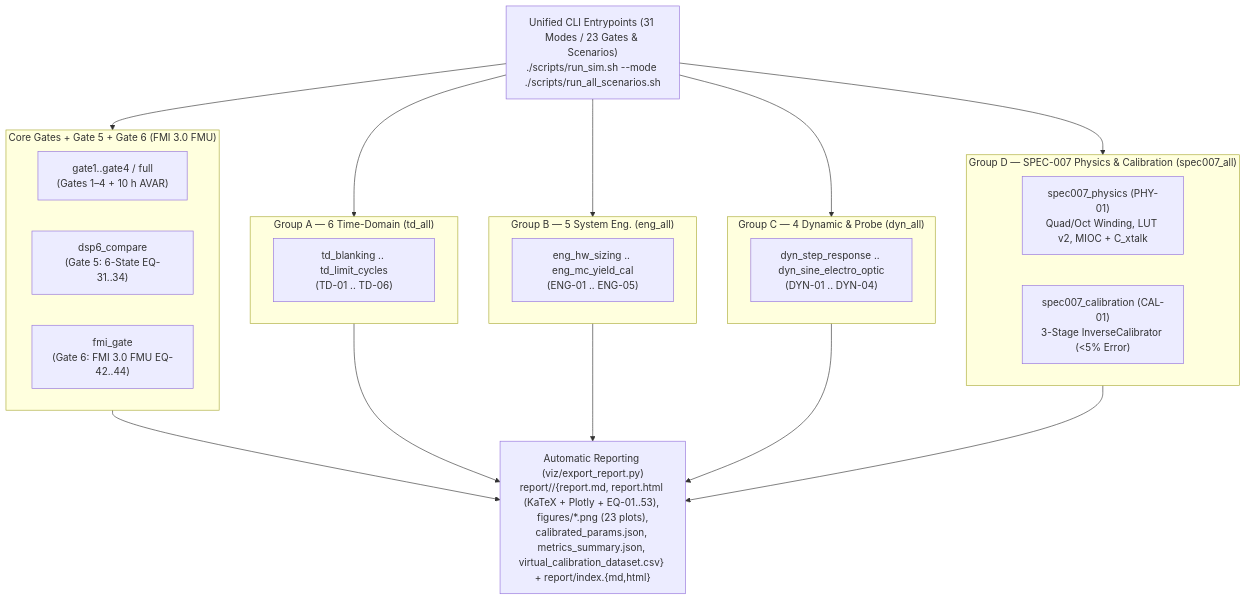
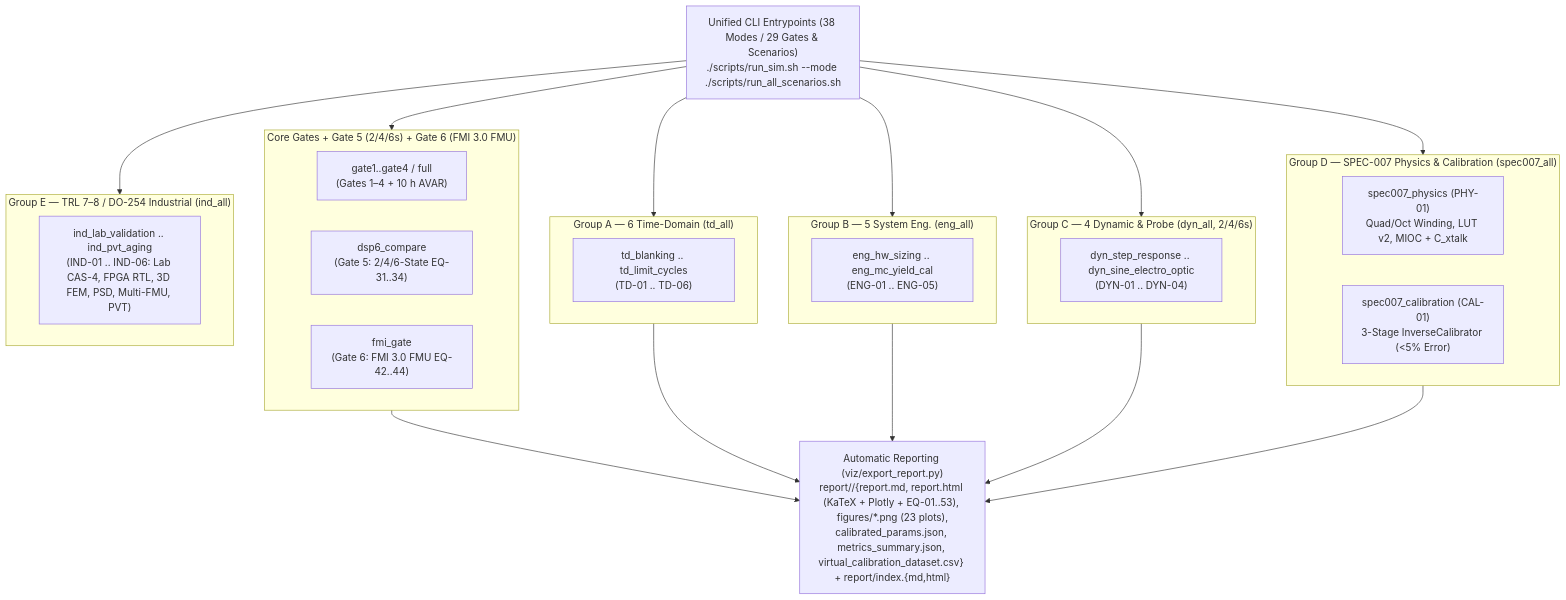
One commit to Duy-Huan/ifog-vproto changed the diagram in docs/IFOG_SIMULATION_SCENARIOS.md. Above: the diagram before and after it, drawn with Mermaid. The commit also changed other lines of this file and 88 other files, not shown here.

Commit message:
feat(v4.1.0): TRL 7-8 / DO-254 industrial qualification suite (IND-01..06), full 2/4/6-State FPGA DSP & multi-instance FMI 3.0.2 FMU

````diff
--- a/docs/IFOG_SIMULATION_SCENARIOS.md
+++ b/docs/IFOG_SIMULATION_SCENARIOS.md
@@ -43,39 +45,44 @@
 ```mermaid
 flowchart TB
-    CLI["Unified CLI Entrypoints (31 Modes / 23 Gates & Scenarios)\n./scripts/run_sim.sh --mode <mode>\n./scripts/run_all_scenarios.sh"]
+    CLI["Unified CLI Entrypoints (38 Modes / 29 Gates & Scenarios)\n./scripts/run_sim.sh --mode <mode>\n./scripts/run_all_scenarios.sh"]
 
-    subgraph CORE["Core Gates + Gate 5 + Gate 6 (FMI 3.0 FMU)"]
+    subgraph CORE["Core Gates + Gate 5 (2/4/6s) + Gate 6 (FMI 3.0 FMU)"]
         G1["gate1..gate4 / full\n(Gates 1–4 + 10 h AVAR)"]
-        DSP6["dsp6_compare\n(Gate 5: 6-State EQ-31..34)"]
+        DSP6["dsp6_compare\n(Gate 5: 2/4/6-State EQ-31..34)"]
         FMI6["fmi_gate\n(Gate 6: FMI 3.0 FMU EQ-42..44)"]
     end
 
     subgraph TDG["Group A — 6 Time-Domain (td_all)"]
         TD1["td_blanking .. td_limit_cycles\n(TD-01 .. TD-06)"]
     end
 
     subgraph ENGG["Group B — 5 System Eng. (eng_all)"]
         E1["eng_hw_sizing .. eng_mc_yield_cal\n(ENG-01 .. ENG-05)"]
     end
 
-    subgraph DYNG["Group C — 4 Dynamic & Probe (dyn_all)"]
+    subgraph DYNG["Group C — 4 Dynamic & Probe (dyn_all, 2/4/6s)"]
         D1["dyn_step_response .. dyn_sine_electro_optic\n(DYN-01 .. DYN-04)"]
     end
 
     subgraph S07G["Group D — SPEC-007 Physics & Calibration (spec007_all)"]
         P1["spec007_physics (PHY-01)\nQuad/Oct Winding, LUT v2, MIOC + C_xtalk"]
         C1["spec007_calibration (CAL-01)\n3-Stage InverseCalibrator (<5% Error)"]
     end
 
+    subgraph INDG["Group E — TRL 7–8 / DO-254 Industrial (ind_all)"]
+        I1["ind_lab_validation .. ind_pvt_aging\n(IND-01 .. IND-06: Lab CAS-4, FPGA RTL, 3D FEM, PSD, Multi-FMU, PVT)"]
+    end
+
     CLI --> CORE
+    CLI --> INDG
     CLI --> TDG
     CLI --> ENGG
     CLI --> DYNG
     CLI --> S07G
 
     CORE --> RPT["Automatic Reporting (viz/export_report.py)\nreport/<run_id>/{report.md, report.html (KaTeX + Plotly + EQ-01..53), figures/*.png (23 plots),\ncalibrated_params.json, metrics_summary.json, virtual_calibration_dataset.csv} + report/index.{md,html}"]
     TDG --> RPT
     ENGG --> RPT
     DYNG --> RPT
     S07G --> RPT
 ```
````
